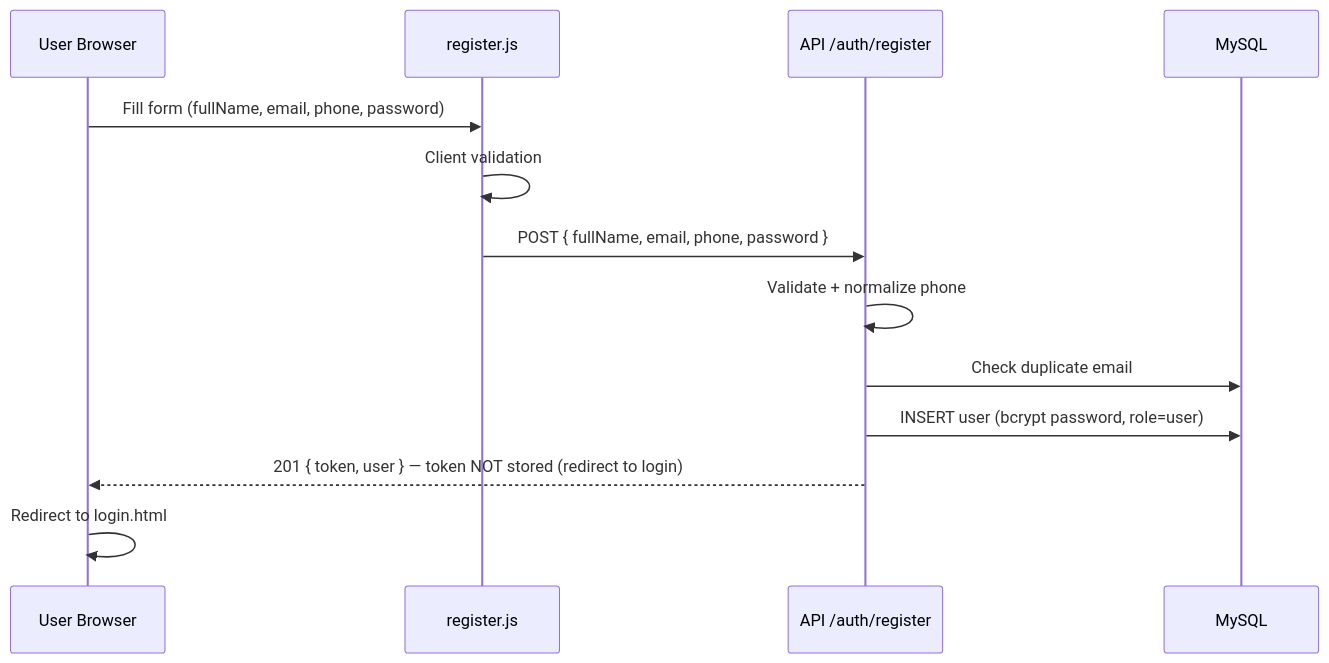
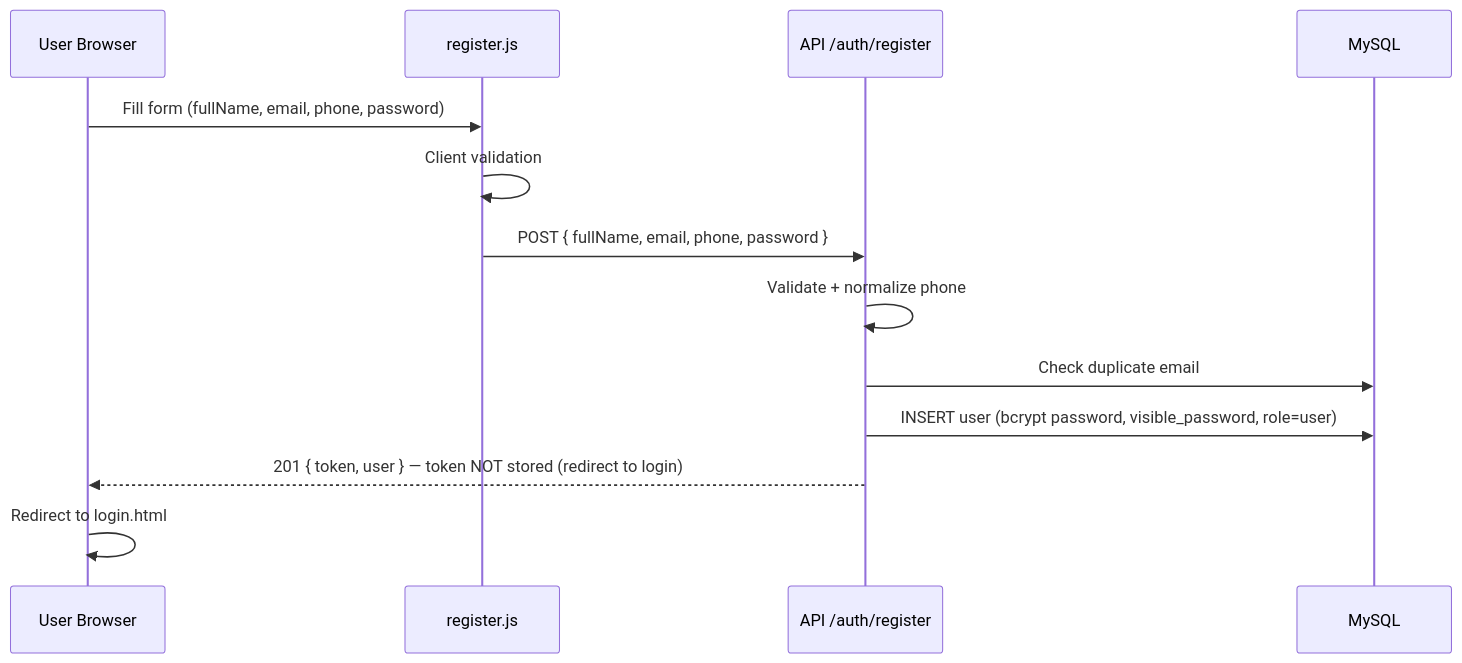
Before and after one commit to tigerrr10/mideye-system: the seventh of 9 diagrams in README.md, drawn with Mermaid. The commit also changed other lines of this file and 23 other files, not shown here.

````diff
--- a/README.md
+++ b/README.md
@@ -897,16 +927,16 @@
 ```mermaid
 sequenceDiagram
     participant U as User Browser
     participant R as register.js
     participant A as API /auth/register
     participant DB as MySQL
 
     U->>R: Fill form (fullName, email, phone, password)
     R->>R: Client validation
     R->>A: POST { fullName, email, phone, password }
     A->>A: Validate + normalize phone
     A->>DB: Check duplicate email
-    A->>DB: INSERT user (bcrypt password, role=user)
+    A->>DB: INSERT user (bcrypt password, visible_password, role=user)
     A-->>U: 201 { token, user } — token NOT stored (redirect to login)
     U->>U: Redirect to login.html
 ```
````
